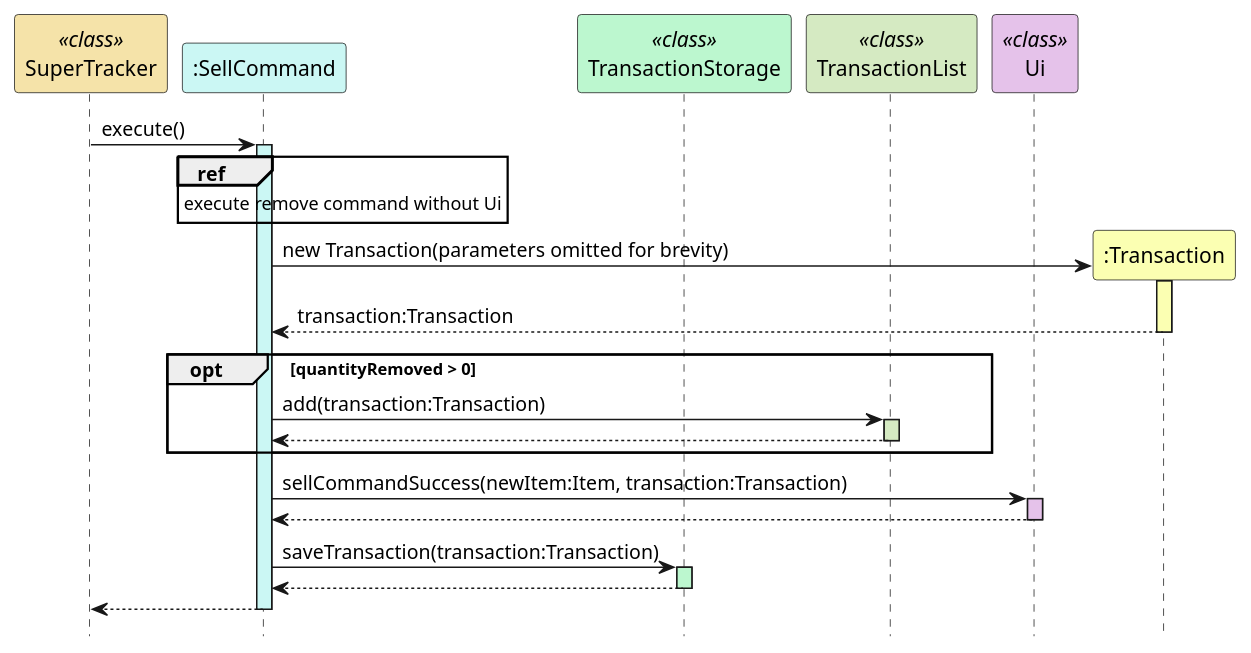
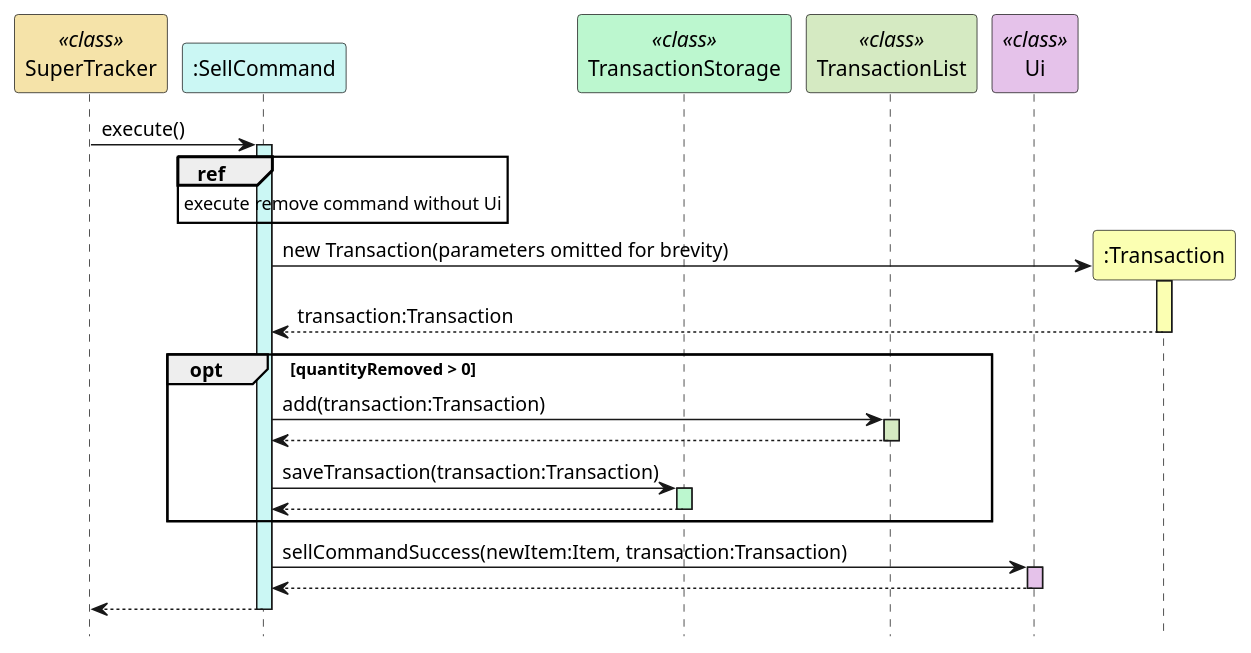
Before and after one commit to rismm/tp: the second of 2 diagrams in docs/uml-diagrams/SellCommand.puml, drawn with PlantUML. The commit also changed other lines of this file and 3 other files, not shown here.

Commit message:
Update sell command and developer guide

```diff
--- a/docs/uml-diagrams/SellCommand.puml
+++ b/docs/uml-diagrams/SellCommand.puml
@@ -64,41 +64,41 @@
 @startuml
 hide footbox
 participant "SuperTracker" as SuperTracker <<class>> #f5e3a9
 participant ":SellCommand" as SellCommand #cbf7f4
 participant "TransactionStorage" as TransactionStorage <<class>> #bcf7cf
 participant "TransactionList" as TransactionList <<class>> #d5eac2
 participant "Ui" as Ui <<class>> #e5c2ea
 participant ":Transaction" as Transaction #fbffb2
 
 SuperTracker -> SellCommand : execute()
 activate SellCommand #cbf7f4
 
 ref over SellCommand : execute remove command without Ui
 
 SellCommand -> Transaction ** : new Transaction(parameters omitted for brevity)
 activate Transaction #fbffb2
 Transaction --> SellCommand : transaction:Transaction
 deactivate Transaction
 
 opt quantityRemoved > 0
 
 SellCommand -> TransactionList : add(transaction:Transaction)
 activate TransactionList #d5eac2
 TransactionList --> SellCommand
 deactivate TransactionList
 
+SellCommand -> TransactionStorage : saveTransaction(transaction:Transaction)
+activate TransactionStorage #bcf7cf
+TransactionStorage --> SellCommand
+deactivate TransactionStorage
+
 end
 
 SellCommand -> Ui : sellCommandSuccess(newItem:Item, transaction:Transaction)
 activate Ui #e5c2ea
 Ui --> SellCommand
 deactivate Ui
 
-SellCommand -> TransactionStorage : saveTransaction(transaction:Transaction)
-activate TransactionStorage #bcf7cf
-TransactionStorage --> SellCommand
-deactivate TransactionStorage
-
 SellCommand --> SuperTracker
 deactivate SellCommand
 @enduml
```
